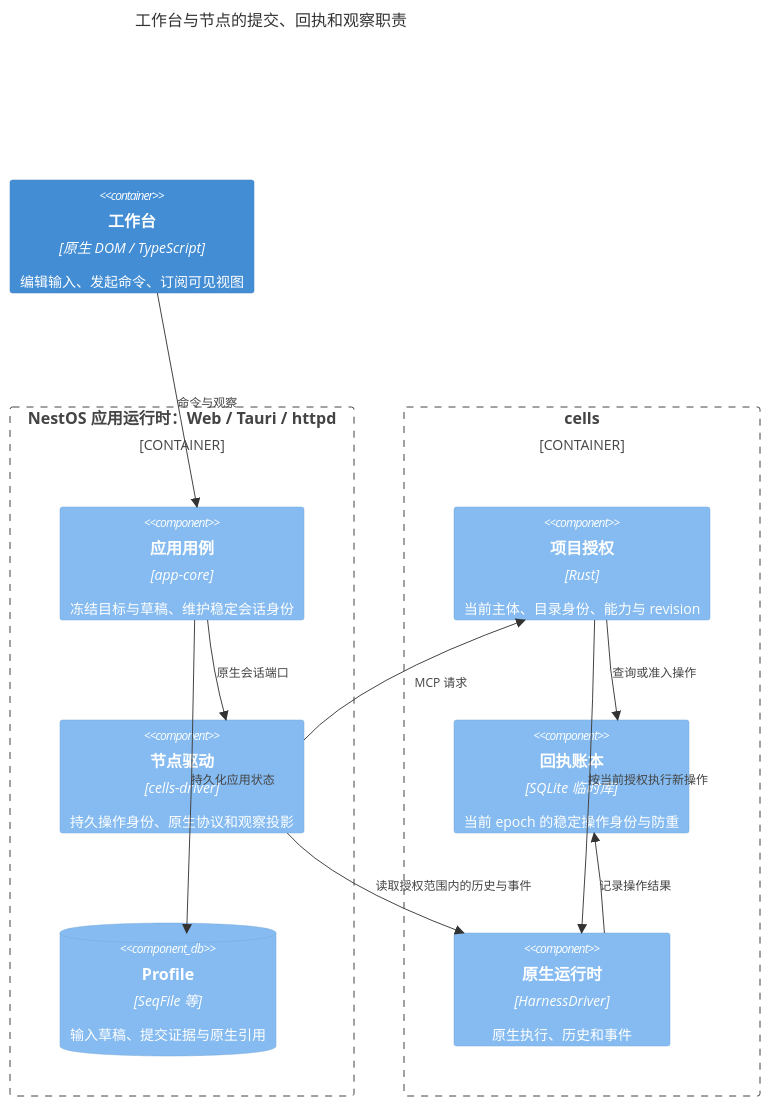
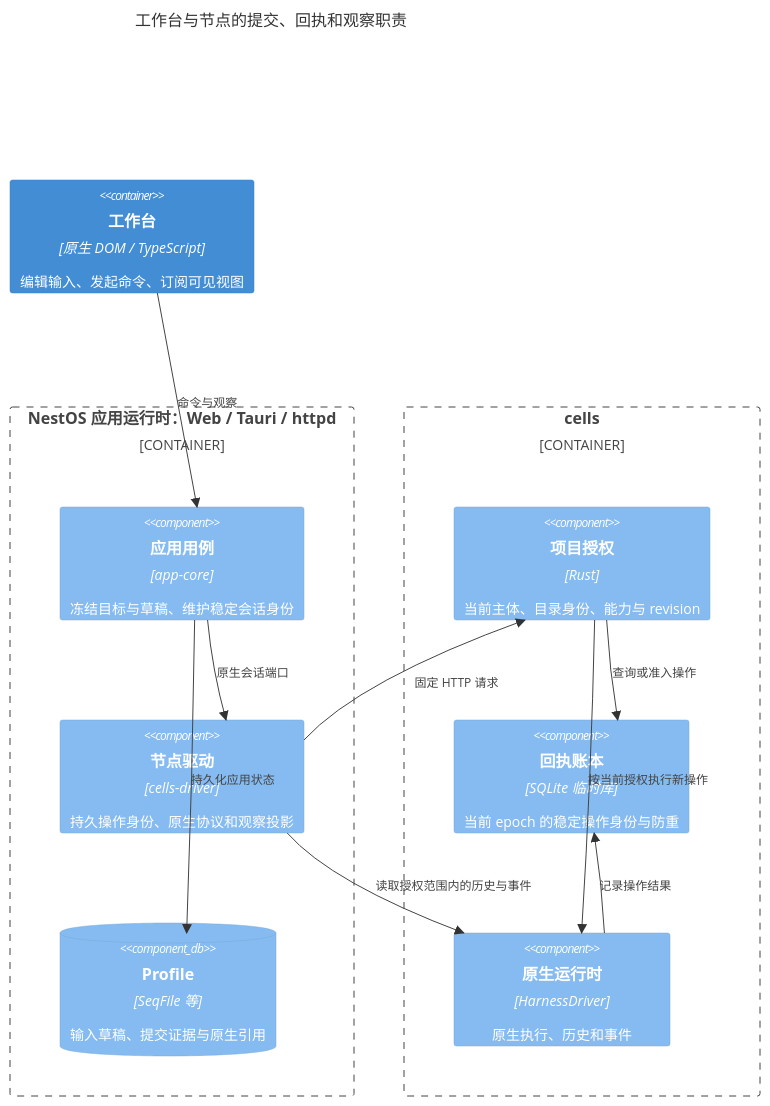
The second of 5 diagrams in doc/design/cells-project-model.md (nest-agentos/NestOS), drawn with Mermaid before and after one commit. The commit also changed other lines of this file and 155 other files, not shown here.

````diff
--- a/doc/design/cells-project-model.md
+++ b/doc/design/cells-project-model.md
@@ -336,23 +320,23 @@
 ```mermaid
 C4Component
     title 工作台与节点的提交、回执和观察职责
     Container(ui, "工作台", "原生 DOM / TypeScript", "编辑输入、发起命令、订阅可见视图")
     Container_Boundary(app, "NestOS 应用运行时：Web / Tauri / httpd") {
         Component(policy, "应用用例", "app-core", "冻结目标与草稿、维护稳定会话身份")
         Component(driver, "节点驱动", "cells-driver", "持久操作身份、原生协议和观察投影")
         ComponentDb(profile, "Profile", "SeqFile 等", "输入草稿、提交证据与原生引用")
     }
     Container_Boundary(node, "cells") {
         Component(auth, "项目授权", "Rust", "当前主体、目录身份、能力与 revision")
         Component(ledger, "回执账本", "SQLite 临时库", "当前 epoch 的稳定操作身份与防重")
         Component(runtime, "原生运行时", "HarnessDriver", "原生执行、历史和事件")
     }
     Rel(ui, policy, "命令与观察")
     Rel(policy, profile, "持久化应用状态")
     Rel(policy, driver, "原生会话端口")
-    Rel(driver, auth, "MCP 请求")
+    Rel(driver, auth, "固定 HTTP 请求")
     Rel(auth, ledger, "查询或准入操作")
     Rel(auth, runtime, "按当前授权执行新操作")
     Rel(runtime, ledger, "记录操作结果")
     Rel(driver, runtime, "读取授权范围内的历史与事件")
 ```
````
